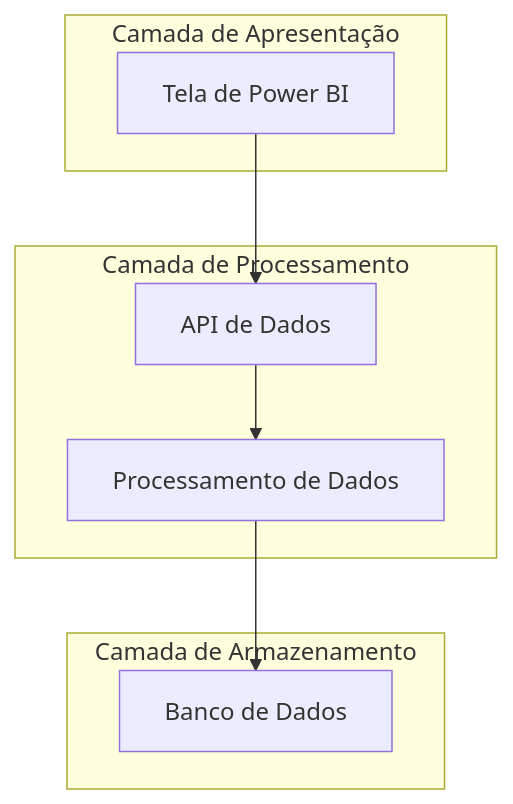
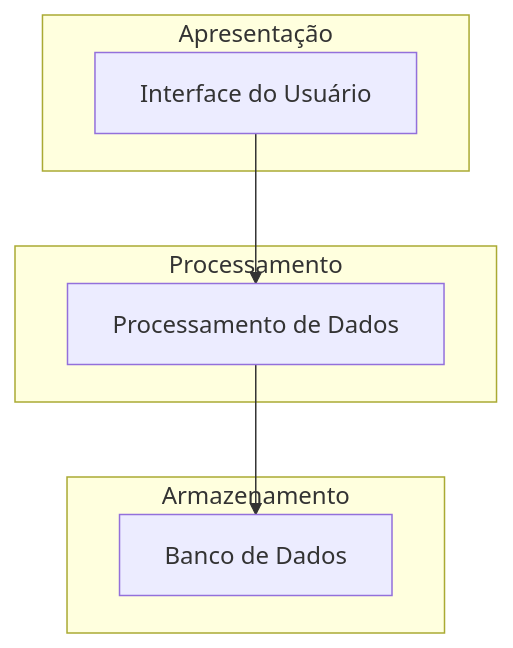
One commit to moroni-silva/moroni-teste changed the diagram in docs/03_fluxo.md. Above: the diagram before and after it, drawn with Mermaid. The commit also changed other lines of this file, not shown here.

````diff
--- a/docs/03_fluxo.md
+++ b/docs/03_fluxo.md
@@ -32,19 +30,17 @@
 ```mermaid
 graph TB
-subgraph "Camada de Apresentação"
-UI[Tela de Power BI]
+subgraph "Apresentação"
+UI[Interface do Usuário]
 end
 
-subgraph "Camada de Processamento"
-API[API de Dados]
+subgraph "Processamento"
 PD[Processamento de Dados]
 end
 
-subgraph "Camada de Armazenamento"
+subgraph "Armazenamento"
 DB[Banco de Dados]
 end
 
-UI --> API
-API --> PD
+UI --> PD
 PD --> DB
 ```
````
